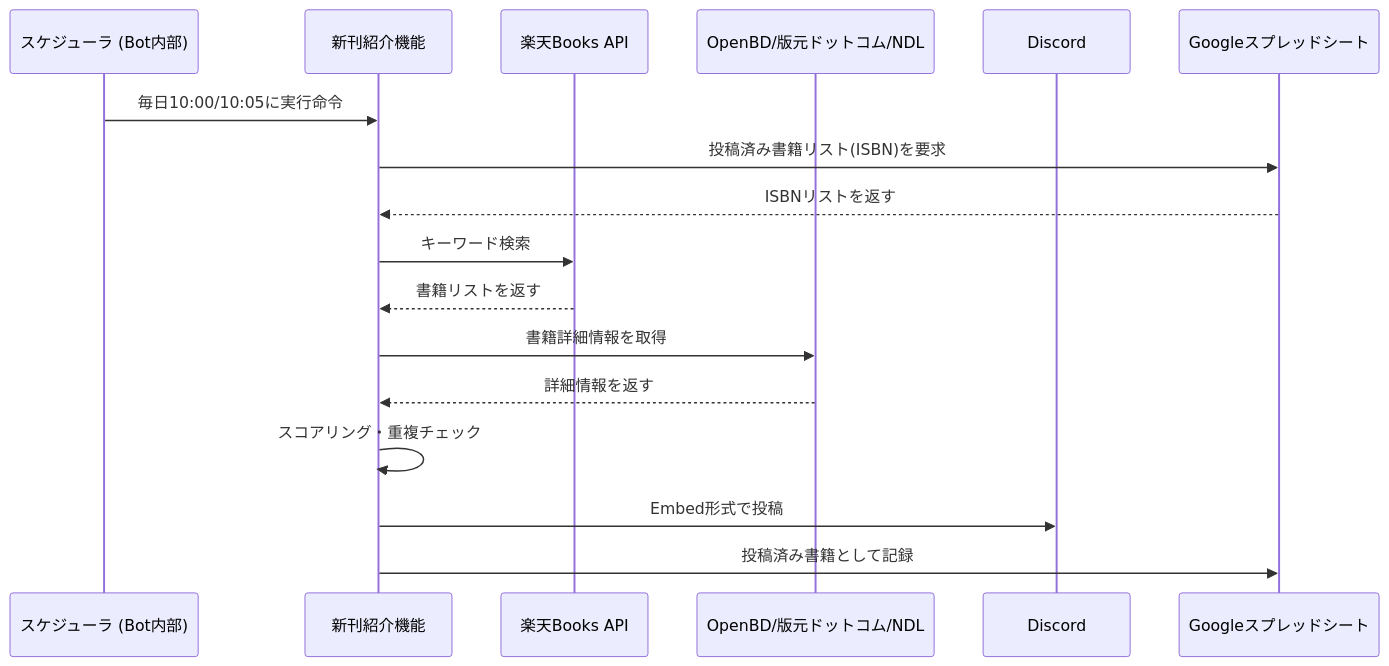
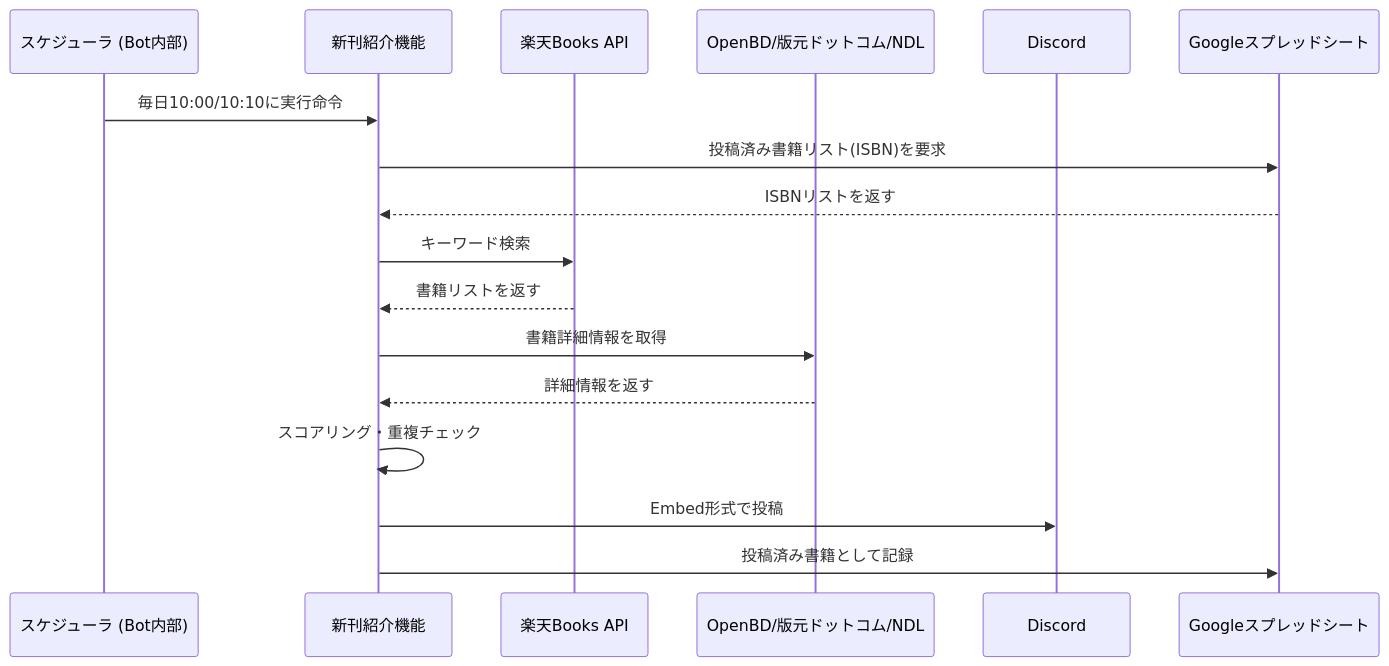
One commit to Metagri-Bot/daily-news-bot changed the fourth of 9 diagrams in README.md. Above: the diagram before and after it, drawn with Mermaid. The commit also changed other lines of this file and 15 other files, not shown here.

````diff
--- a/README.md
+++ b/README.md
@@ -118,20 +118,20 @@
 ```mermaid
 sequenceDiagram
     participant Scheduler as スケジューラ (Bot内部)
     participant BookTask as 新刊紹介機能
     participant RakutenAPI as 楽天Books API
     participant BookAPIs as OpenBD/版元ドットコム/NDL
     participant Discord
     participant GoogleSheets as Googleスプレッドシート
 
-    Scheduler->>BookTask: 毎日10:00/10:05に実行命令
+    Scheduler->>BookTask: 毎日10:00/10:10に実行命令
     BookTask->>GoogleSheets: 投稿済み書籍リスト(ISBN)を要求
     GoogleSheets-->>BookTask: ISBNリストを返す
     BookTask->>RakutenAPI: キーワード検索
     RakutenAPI-->>BookTask: 書籍リストを返す
     BookTask->>BookAPIs: 書籍詳細情報を取得
     BookAPIs-->>BookTask: 詳細情報を返す
     BookTask->>BookTask: スコアリング・重複チェック
     BookTask->>Discord: Embed形式で投稿
     BookTask->>GoogleSheets: 投稿済み書籍として記録
 ```
````
